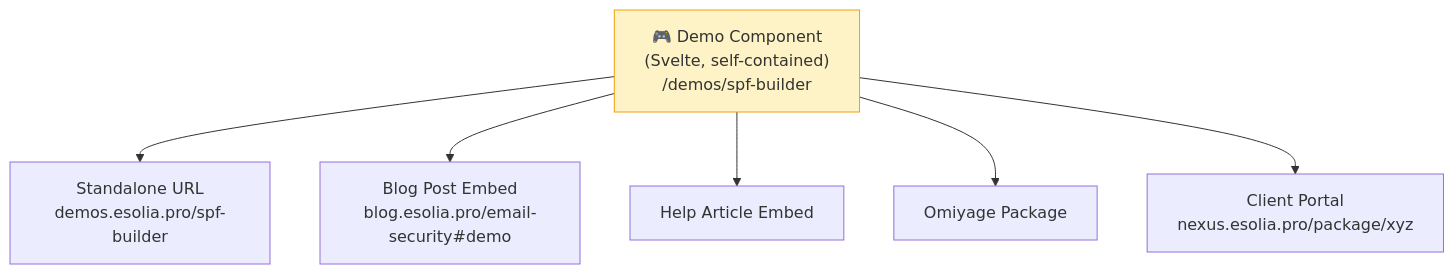
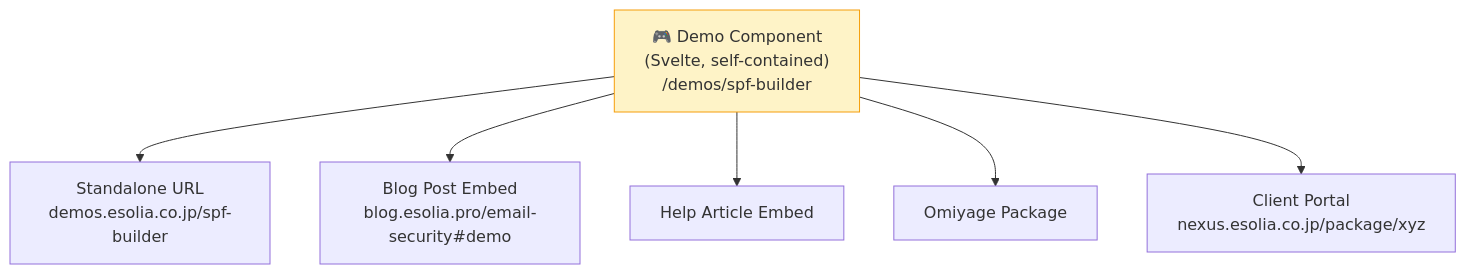
The fourth of 5 diagrams in docs/concepts/esolia-codex-architecture-v3.md (eSolia/codex), drawn with Mermaid before and after one commit. The commit also changed other lines of this file and 10 other files, not shown here.

````diff
--- a/docs/concepts/esolia-codex-architecture-v3.md
+++ b/docs/concepts/esolia-codex-architecture-v3.md
@@ -440,12 +440,12 @@
 ```mermaid
 flowchart TB
     DEMO["🎮 Demo Component<br/>(Svelte, self-contained)<br/>/demos/spf-builder"]
 
-    DEMO --> STANDALONE["Standalone URL<br/>demos.esolia.pro/spf-builder"]
+    DEMO --> STANDALONE["Standalone URL<br/>demos.esolia.co.jp/spf-builder"]
     DEMO --> BLOG["Blog Post Embed<br/>blog.esolia.pro/email-security#demo"]
     DEMO --> HELP["Help Article Embed"]
     DEMO --> OMIYAGE["Omiyage Package"]
-    DEMO --> NEXUS["Client Portal<br/>nexus.esolia.pro/package/xyz"]
+    DEMO --> NEXUS["Client Portal<br/>nexus.esolia.co.jp/package/xyz"]
 
     style DEMO fill:#fef3c7,stroke:#f59e0b
 ```
````
